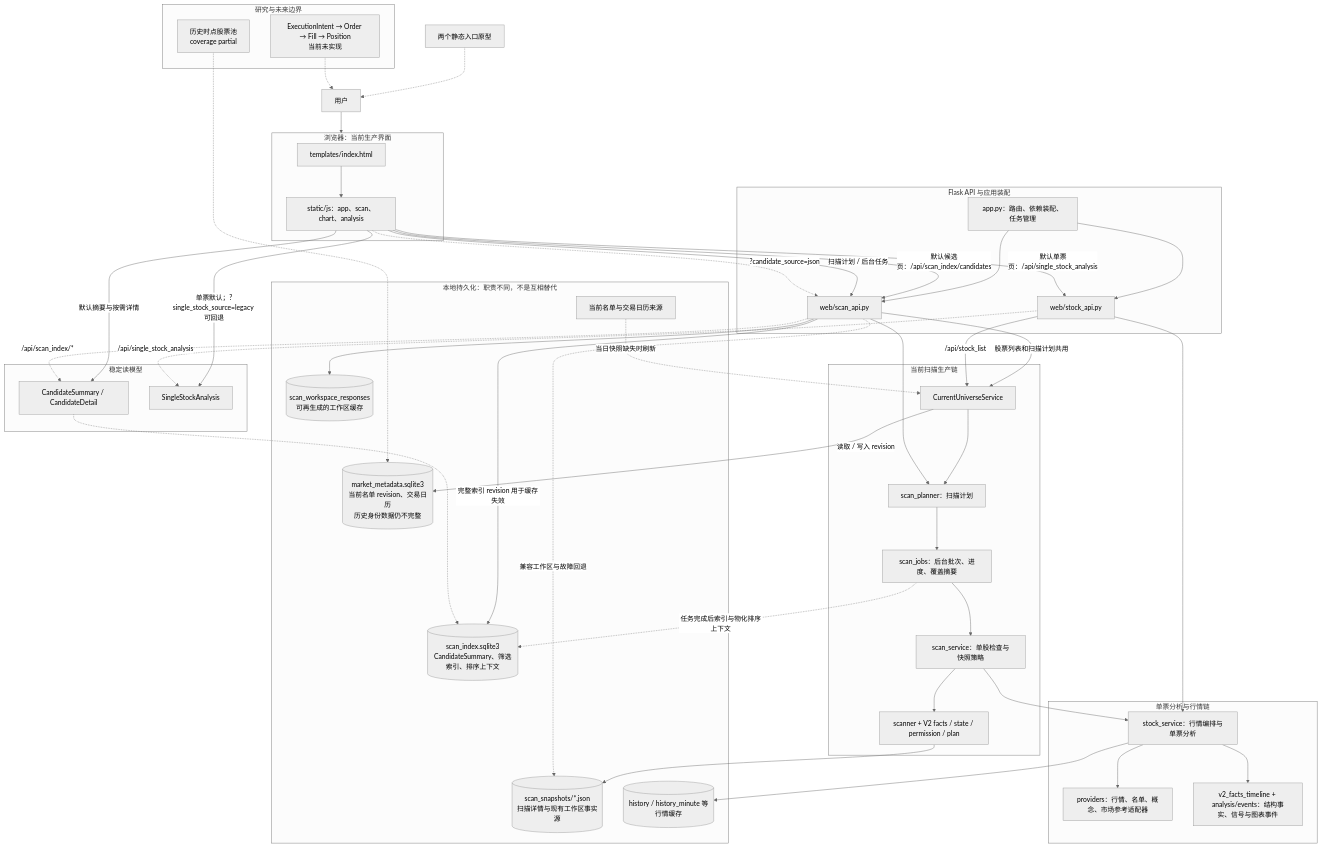
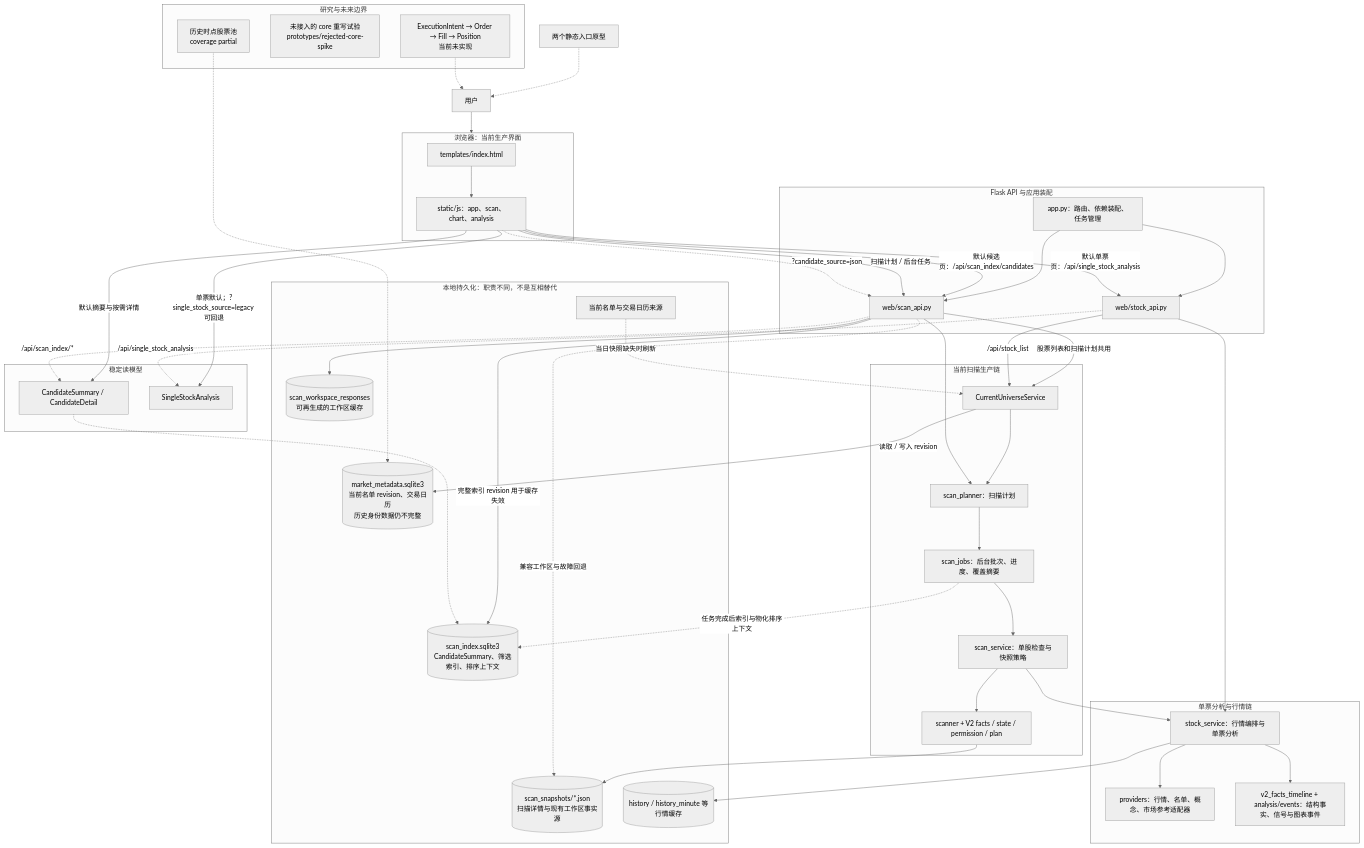
The diagram in docs/current/project-map.md (moyla-dva/stock), drawn with Mermaid (neutral theme) before and after one commit. The commit also changed other lines of this file and 3 other files, not shown here.

Commit message:
Codex: refresh current architecture and roadmap docs

````diff
--- a/docs/current/project-map.md
+++ b/docs/current/project-map.md
@@ -17,81 +17,82 @@
 ```mermaid
 flowchart TB
     User[用户]
 
     subgraph Browser[浏览器：当前生产界面]
         Page[templates/index.html]
         JS[static/js：app、scan、chart、analysis]
         Page --> JS
     end
 
     subgraph Flask[Flask API 与应用装配]
         App[app.py：路由、依赖装配、任务管理]
         ScanAPI[web/scan_api.py]
         StockAPI[web/stock_api.py]
         App --> ScanAPI
         App --> StockAPI
     end
 
     subgraph Scan[当前扫描生产链]
         UniverseService[CurrentUniverseService]
         Plan[scan_planner：扫描计划]
         Jobs[scan_jobs：后台批次、进度、覆盖摘要]
         Check[scan_service：单股检查与快照策略]
         ScanCore[scanner + V2 facts / state / permission / plan]
         UniverseService --> Plan --> Jobs --> Check --> ScanCore
     end
 
     subgraph Stock[单票分析与行情链]
         Service[stock_service：行情编排与单票分析]
         Providers[providers：行情、名单、概念、市场参考适配器]
         Facts[v2_facts_timeline + analysis/events：结构事实、信号与图表事件]
         Service --> Providers
         Service --> Facts
     end
 
     subgraph Store[本地持久化：职责不同，不是互相替代]
         UniverseDB[(market_metadata.sqlite3<br/>当前名单 revision、交易日历<br/>历史身份数据仍不完整)]
         UniverseSource[当前名单与交易日历来源]
         Snapshots[(scan_snapshots/*.json<br/>扫描详情与现有工作区事实源)]
         IndexDB[(scan_index.sqlite3<br/>CandidateSummary、筛选索引、排序上下文)]
         MarketCache[(history / history_minute 等行情缓存)]
         ResponseCache[(scan_workspace_responses<br/>可再生成的工作区缓存)]
     end
 
     User --> Browser
     JS -->|默认候选页：/api/scan_index/candidates| ScanAPI
     JS -->|默认单票页：/api/single_stock_analysis| StockAPI
     JS -->|扫描计划 / 后台任务| ScanAPI
     ScanAPI --> Plan
     ScanAPI -->|股票列表和扫描计划共用| UniverseService
     StockAPI -->|/api/stock_list| UniverseService
     UniverseService -->|读取 / 写入 revision| UniverseDB
     UniverseSource -.->|当日快照缺失时刷新| UniverseService
     Check --> Service
     StockAPI --> Service
     Service --> MarketCache
     ScanCore --> Snapshots
     Jobs -.->|任务完成后索引与物化排序上下文| IndexDB
     ScanAPI -.->|兼容工作区与故障回退| Snapshots
     ScanAPI -->|完整索引 revision 用于缓存失效| IndexDB
     ScanAPI --> ResponseCache
 
     subgraph ReadModels[稳定读模型]
         CandidateRead[CandidateSummary / CandidateDetail]
         SingleRead[SingleStockAnalysis]
     end
     JS -->|默认摘要与按需详情| CandidateRead
     JS -.->|?candidate_source=json| ScanAPI
     JS -->|单票默认；?single_stock_source=legacy 可回退| SingleRead
     ScanAPI -.->|/api/scan_index/*| CandidateRead
     CandidateRead -.-> IndexDB
     StockAPI -.->|/api/single_stock_analysis| SingleRead
     Prototypes[两个静态入口原型] -.-> User
 
     subgraph ResearchOnly[研究与未来边界]
         HistoricalUniverse[历史时点股票池<br/>coverage partial]
+        RejectedCore[未接入的 core 重写试验<br/>prototypes/rejected-core-spike]
         Execution[ExecutionIntent → Order → Fill → Position<br/>当前未实现]
     end
     HistoricalUniverse -.-> UniverseDB
     Execution -.-> User
 ```
````
